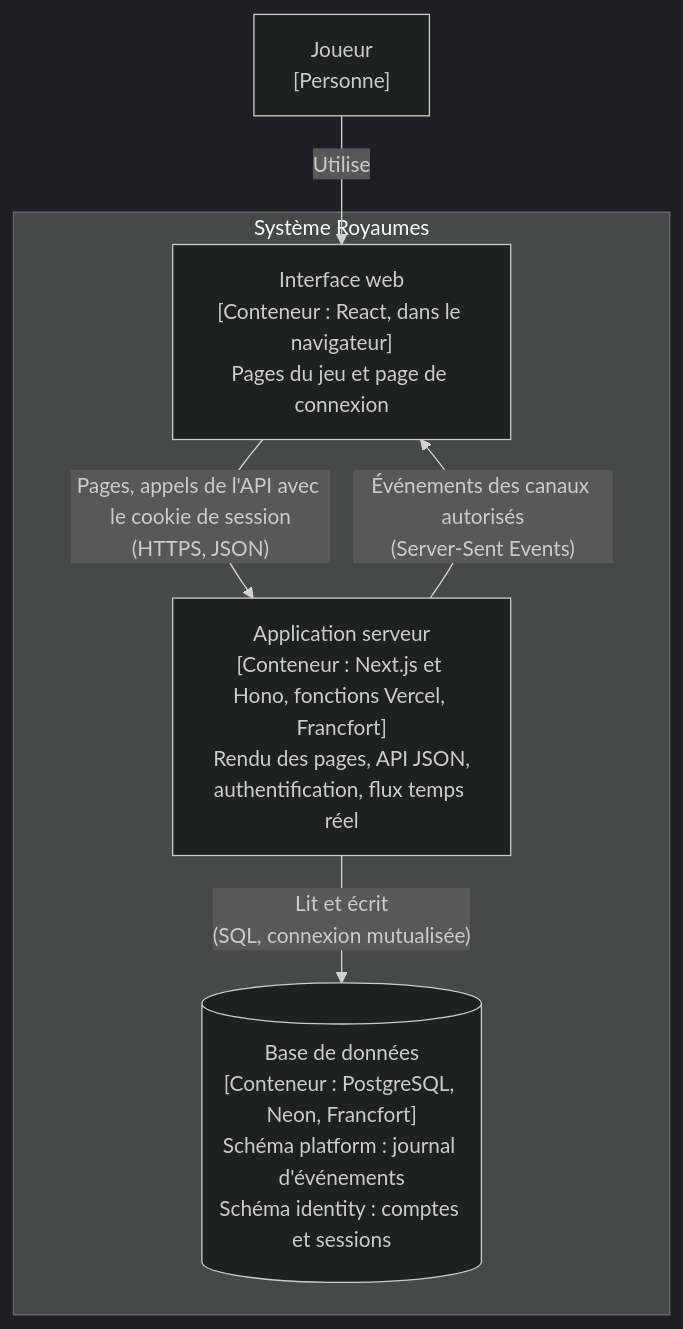
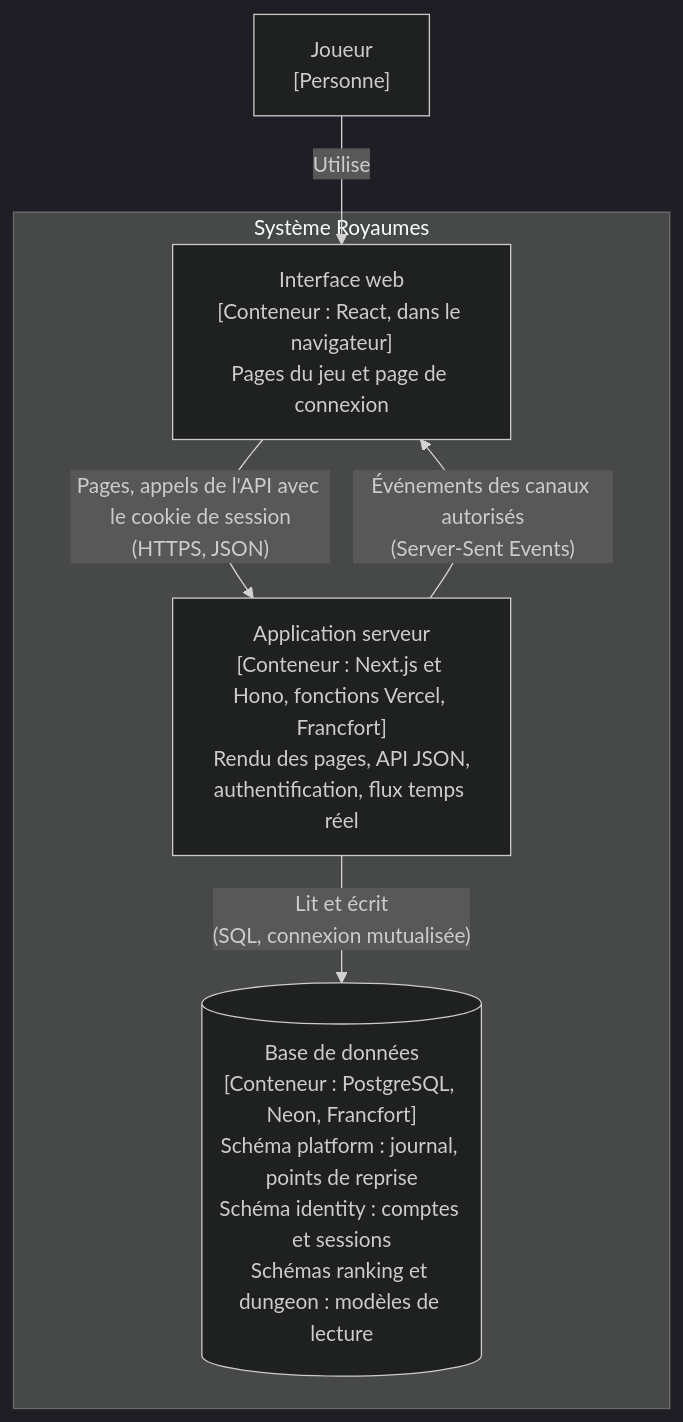
One commit to Swixos/royaumes changed the second of 4 diagrams in docs/architecture.md. Above: the diagram before and after it, drawn with Mermaid (dark theme). The commit also changed other lines of this file and 2 other files, not shown here.

First line of the commit message:
docs: update the ranking documentation

````diff
--- a/docs/architecture.md
+++ b/docs/architecture.md
@@ -25,13 +25,13 @@
 ```mermaid
 flowchart TB
   joueur["Joueur<br/>[Personne]"]
   subgraph royaumes["Système Royaumes"]
     web["Interface web<br/>[Conteneur : React, dans le navigateur]<br/>Pages du jeu et page de connexion"]
     serveur["Application serveur<br/>[Conteneur : Next.js et Hono, fonctions Vercel, Francfort]<br/>Rendu des pages, API JSON,<br/>authentification, flux temps réel"]
-    base[("Base de données<br/>[Conteneur : PostgreSQL, Neon, Francfort]<br/>Schéma platform : journal d'événements<br/>Schéma identity : comptes et sessions")]
+    base[("Base de données<br/>[Conteneur : PostgreSQL, Neon, Francfort]<br/>Schéma platform : journal, points de reprise<br/>Schéma identity : comptes et sessions<br/>Schémas ranking et dungeon : modèles de lecture")]
   end
   joueur -->|"Utilise"| web
   web -->|"Pages, appels de l'API avec le cookie de session<br/>(HTTPS, JSON)"| serveur
   serveur -->|"Événements des canaux autorisés<br/>(Server-Sent Events)"| web
   serveur -->|"Lit et écrit<br/>(SQL, connexion mutualisée)"| base
 ```
````
